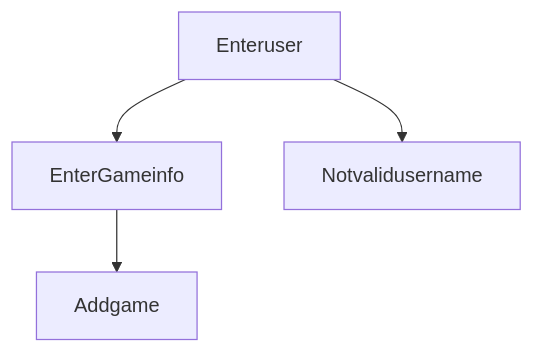
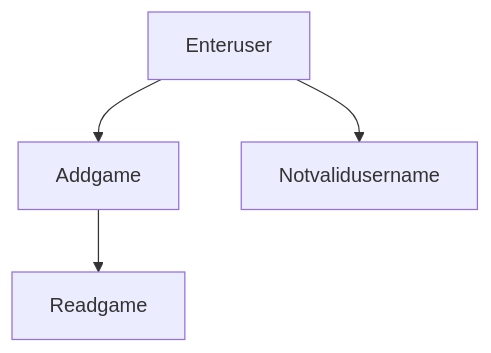
The diagram in README.md (JackHarding88/dfe-project), drawn with Mermaid before and after one commit.

````diff
--- a/README.md
+++ b/README.md
@@ -3,8 +3,8 @@
 ```mermaid
   graph TD;
    
       
-       Enteruser-->EnterGameinfo;
+       Enteruser-->Addgame;
        Enteruser-->Notvalidusername;
-       EnterGameinfo-->Addgame;
+       Addgame-->Readgame;
 ```
````
